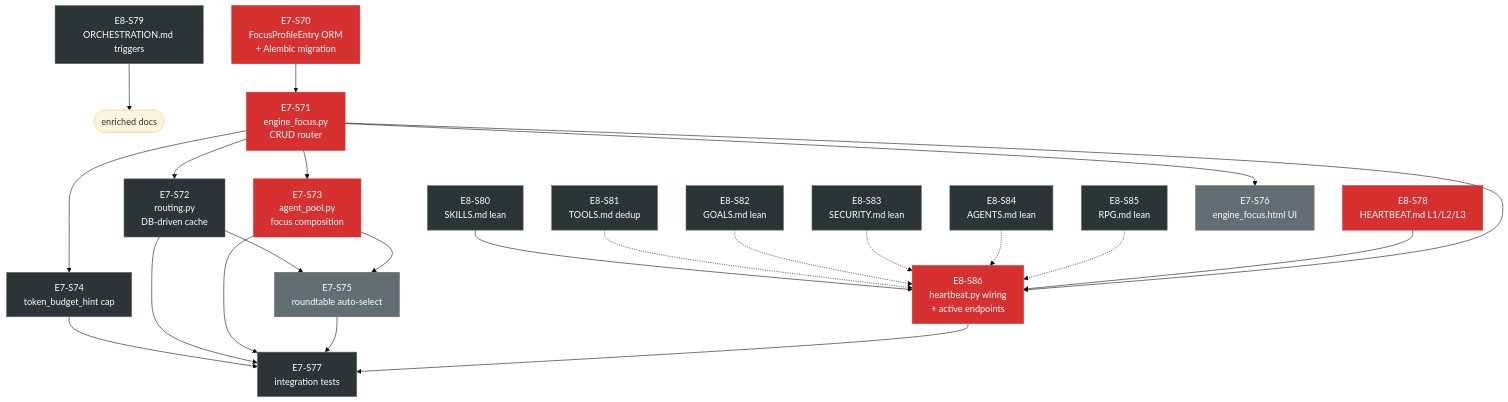
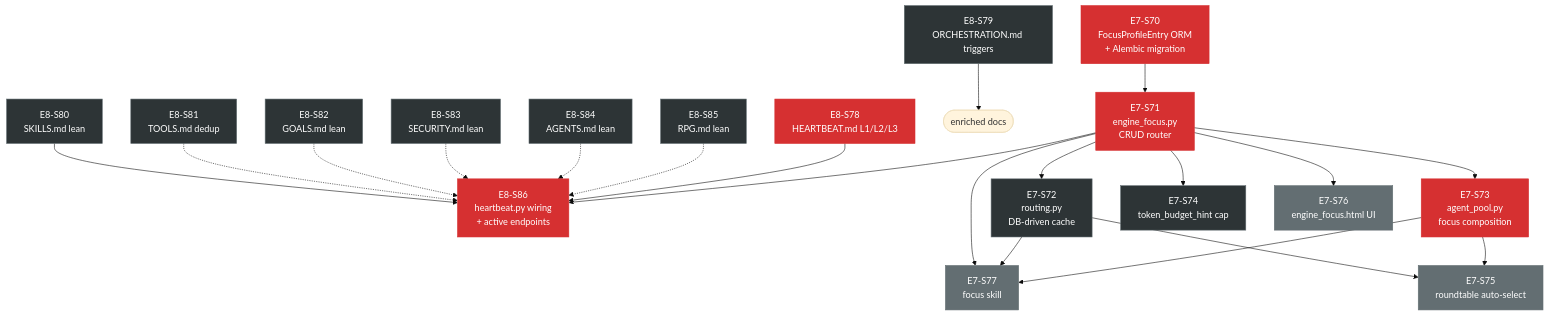
One commit to pierreydumas/Aria changed the diagram in aria_souvenirs/aria_v3_280226/sprint/SPRINT_FINAL_MASTER.md. Above: the diagram before and after it, drawn with Mermaid (base theme). The commit also changed other lines of this file and 8 other files, not shown here.

Commit message:
sprint: AAA++++ — stale-cache guard S73, exact wiring S76, cache doc S77, diagram fixed, totals corrected (34pts), familiar value trimmed

````diff
--- a/aria_souvenirs/aria_v3_280226/sprint/SPRINT_FINAL_MASTER.md
+++ b/aria_souvenirs/aria_v3_280226/sprint/SPRINT_FINAL_MASTER.md
@@ -49,34 +49,32 @@
 ```mermaid
 graph TD
     S80[E8-S80<br/>SKILLS.md lean] --> S86
     S81[E8-S81<br/>TOOLS.md dedup] -.-> S86
     S82[E8-S82<br/>GOALS.md lean] -.-> S86
     S83[E8-S83<br/>SECURITY.md lean] -.-> S86
     S84[E8-S84<br/>AGENTS.md lean] -.-> S86
     S85[E8-S85<br/>RPG.md lean] -.-> S86
     S78[E8-S78<br/>HEARTBEAT.md L1/L2/L3] --> S86
     S79[E8-S79<br/>ORCHESTRATION.md triggers] --> S79end([enriched docs])
 
     S70[E7-S70<br/>FocusProfileEntry ORM<br/>+ Alembic migration] --> S71[E7-S71<br/>engine_focus.py<br/>CRUD router]
     S71 --> S72[E7-S72<br/>routing.py<br/>DB-driven cache]
     S71 --> S73[E7-S73<br/>agent_pool.py<br/>focus composition]
     S71 --> S74[E7-S74<br/>token_budget_hint cap]
     S71 --> S76[E7-S76<br/>engine_focus.html UI]
     S71 --> S86[E8-S86<br/>heartbeat.py wiring<br/>+ active endpoints]
     S72 --> S75[E7-S75<br/>roundtable auto-select]
     S73 --> S75
-    S74 --> S77
-    S72 --> S77[E7-S77<br/>integration tests]
+    S71 --> S77
+    S72 --> S77[E7-S77<br/>focus skill]
     S73 --> S77
-    S75 --> S77
-    S86 --> S77
 
     classDef p0 fill:#d63031,color:white,stroke:#d63031
     classDef p1 fill:#2d3436,color:white,stroke:#636e72
     classDef p2 fill:#636e72,color:white,stroke:#636e72
     classDef doc fill:#0984e3,color:white,stroke:#0984e3
 
     class S70,S71,S73,S78,S86 p0
-    class S72,S74,S77,S79,S80,S81,S82,S83,S84,S85 p1
-    class S75,S76 p2
+    class S72,S74,S79,S80,S81,S82,S83,S84,S85 p1
+    class S75,S76,S77 p2
 ```
````
